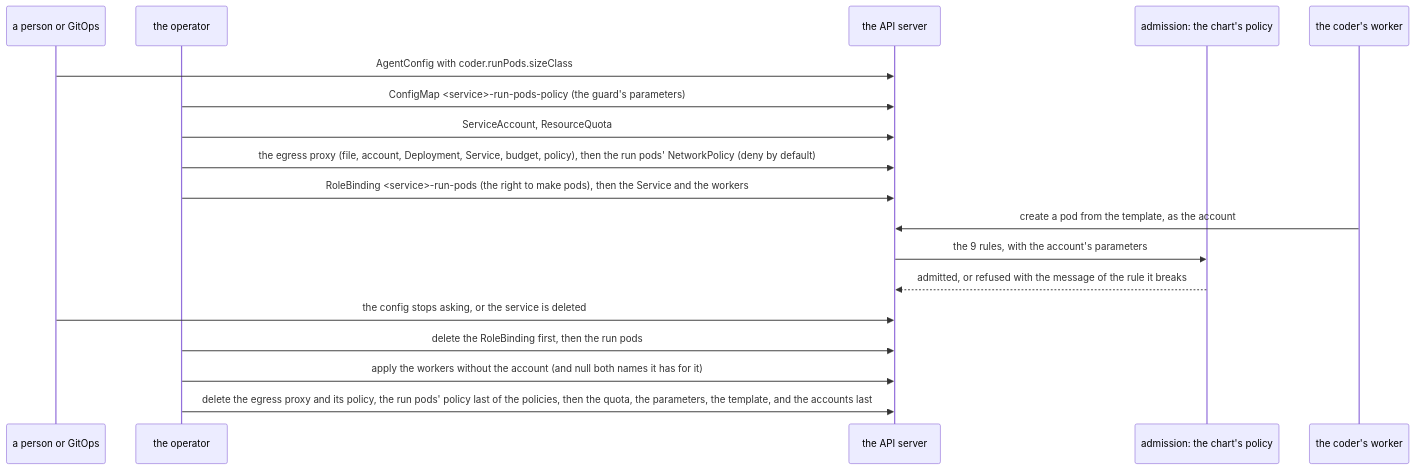
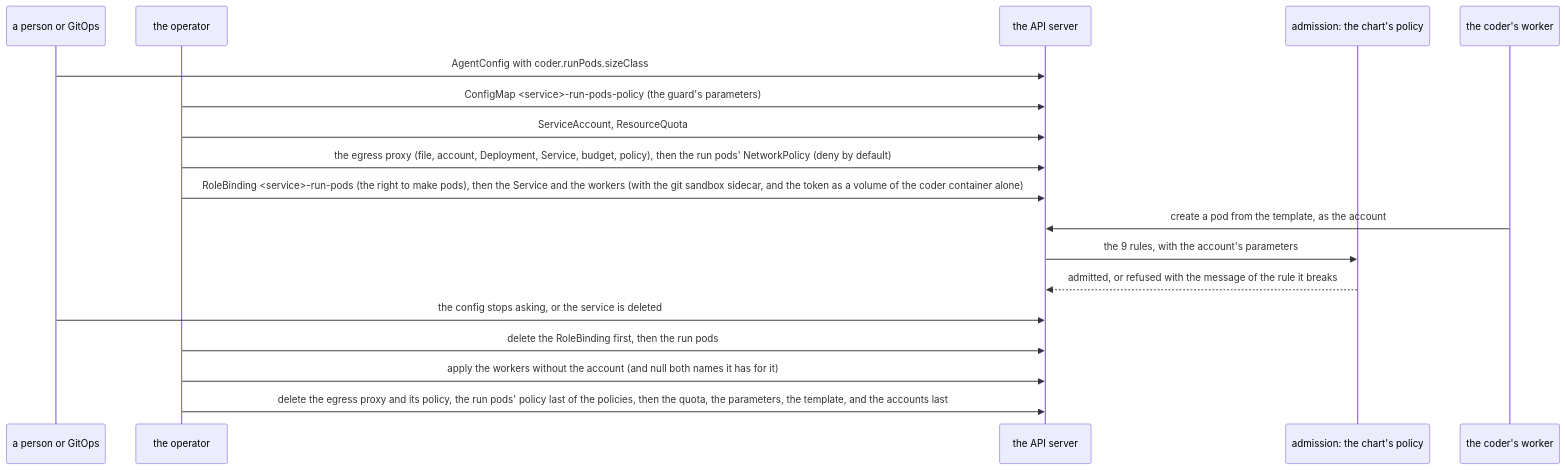
One commit to vymalo/another-agentic-platform changed the second of 4 diagrams in deploy/operator/README.md. Above: the diagram before and after it, drawn with Mermaid. The commit also changed other lines of this file and 49 other files, not shown here.

First line of the commit message:
feat(operator): the coder's git runs in a sidecar that holds no secret (D15d) (#43)

````diff
--- a/deploy/operator/README.md
+++ b/deploy/operator/README.md
@@ -125,20 +125,20 @@
 ```mermaid
 sequenceDiagram
   participant P as a person or GitOps
   participant O as the operator
   participant K as the API server
   participant G as admission: the chart's policy
   participant W as the coder's worker
   P->>K: AgentConfig with coder.runPods.sizeClass
   O->>K: ConfigMap <service>-run-pods-policy (the guard's parameters)
   O->>K: ServiceAccount, ResourceQuota
   O->>K: the egress proxy (file, account, Deployment, Service, budget, policy), then the run pods' NetworkPolicy (deny by default)
-  O->>K: RoleBinding <service>-run-pods (the right to make pods), then the Service and the workers
+  O->>K: RoleBinding <service>-run-pods (the right to make pods), then the Service and the workers (with the git sandbox sidecar, and the token as a volume of the coder container alone)
   W->>K: create a pod from the template, as the account
   K->>G: the 9 rules, with the account's parameters
   G-->>K: admitted, or refused with the message of the rule it breaks
   P->>K: the config stops asking, or the service is deleted
   O->>K: delete the RoleBinding first, then the run pods
   O->>K: apply the workers without the account (and null both names it has for it)
   O->>K: delete the egress proxy and its policy, the run pods' policy last of the policies, then the quota, the parameters, the template, and the accounts last
 ```
````
